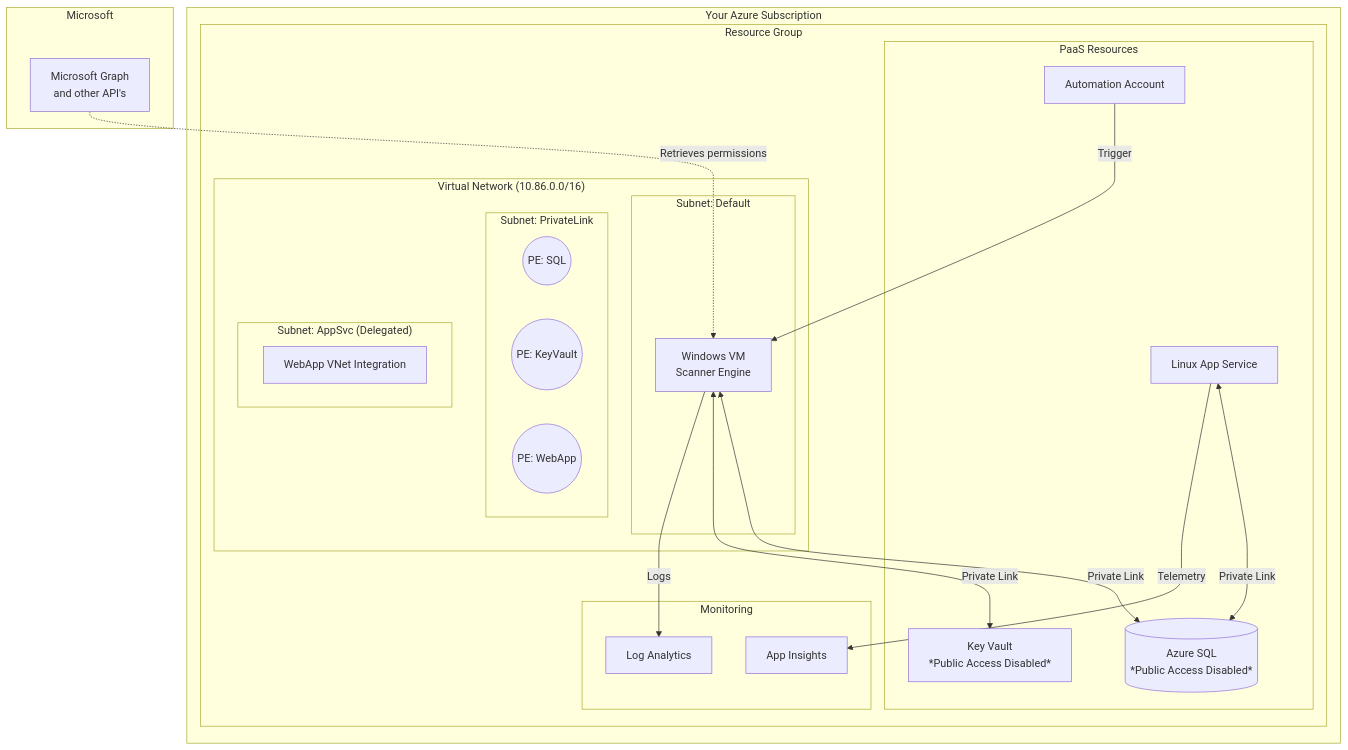
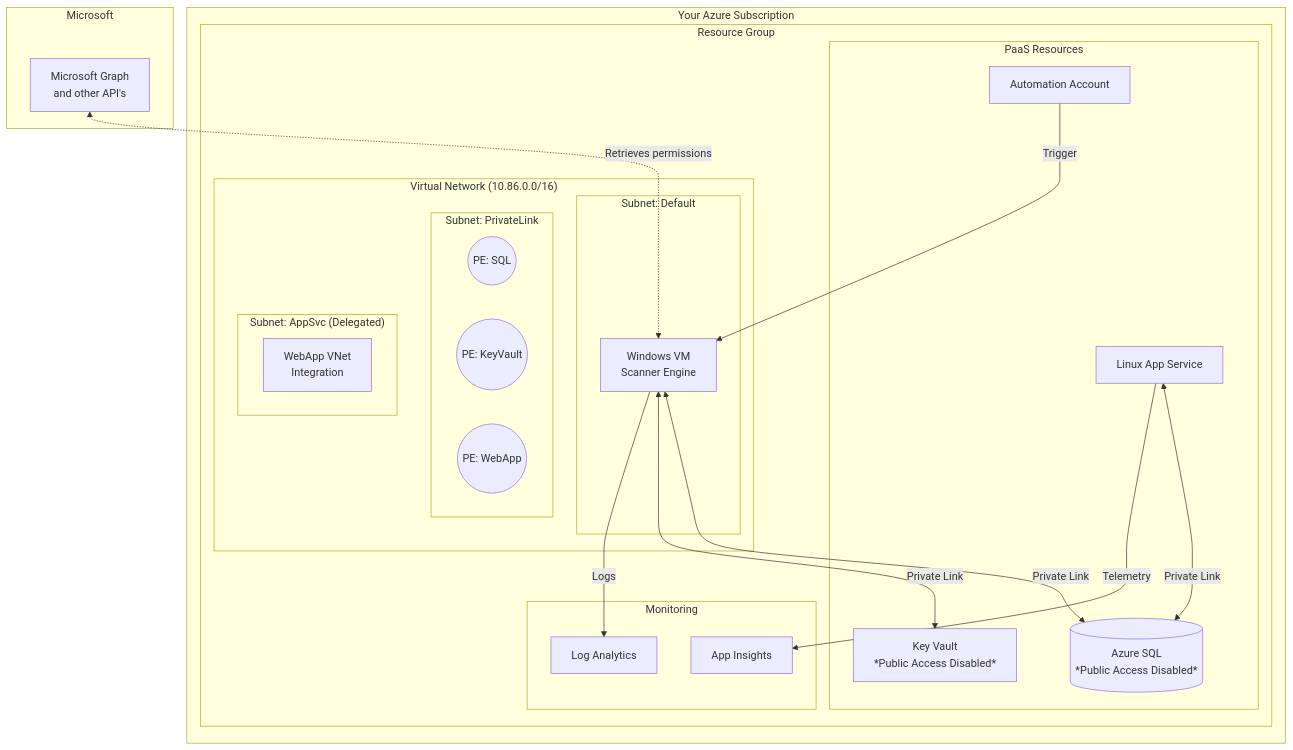
One commit to jflieben/assortedFunctionsV2 changed the second of 3 diagrams in M365PermissionsCloud/ARCHITECTURE.md. Above: the diagram before and after it, drawn with Mermaid. The commit also changed other lines of this file, not shown here.

````diff
--- a/M365PermissionsCloud/ARCHITECTURE.md
+++ b/M365PermissionsCloud/ARCHITECTURE.md
@@ -57,51 +57,51 @@
 ``` mermaid
 graph TD
     subgraph "Microsoft"
         GR[Microsoft Graph <br/>and other API's]
     end
     subgraph "Your Azure Subscription"
         subgraph "Resource Group"
             
             subgraph "Virtual Network (10.86.0.0/16)"
                 subgraph "Subnet: Default"
                     VM[Windows VM <br/> Scanner Engine]
                 end
 
                 subgraph "Subnet: PrivateLink"
                     PE_SQL((PE: SQL))
                     PE_KV((PE: KeyVault))
                     PE_WEB((PE: WebApp))
                 end
 
                 subgraph "Subnet: AppSvc (Delegated)"
-                    WEB_INT[WebApp VNet Integration]
+                    WEB_INT[WebApp VNet <br/>Integration]
                 end
             end
 
             subgraph "PaaS Resources"
                 SQL[(Azure SQL <br/> *Public Access Disabled*)]
                 KV[Key Vault <br/> *Public Access Disabled*]
                 WEB[Linux App Service]
                 AA[Automation Account]
             end
             
             subgraph "Monitoring"
                 LAW[Log Analytics]
                 AI[App Insights]
             end
         end
     end
 
     %% Network Flow
     VM <-->|Private Link| SQL
     VM <-->|Private Link | KV
-    GR -.->|Retrieves permissions| VM
+    GR <-.->|Retrieves permissions| VM
     WEB <-->|Private Link| SQL
 
     %% Monitoring
     VM -->|Logs| LAW
     WEB -->|Telemetry| AI
 
     %% Identity
     AA -->|Trigger| VM
 ```
````
